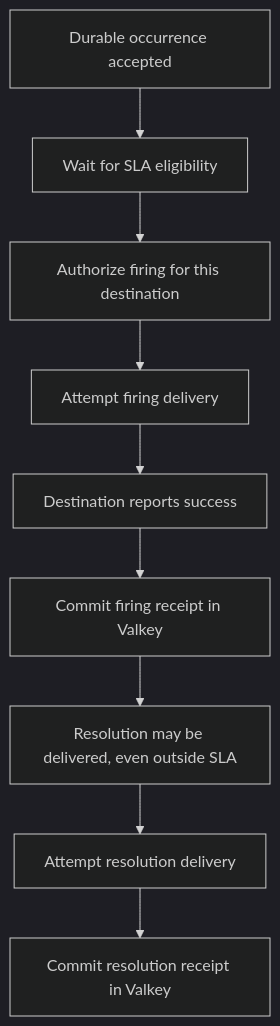
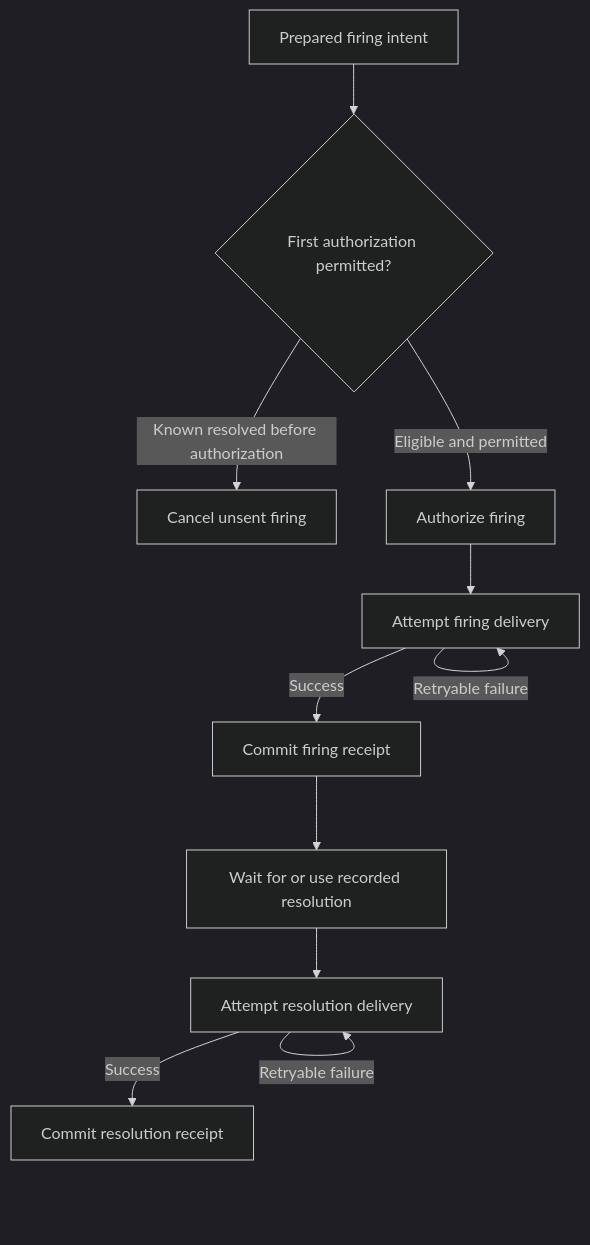
One commit to thenodon/alert-event-receiver changed the fifth of 5 diagrams in docs/sla-proxy/concepts.md. Above: the diagram before and after it, drawn with Mermaid (dark theme). The commit also changed other lines of this file and 7 other files, not shown here.

````diff
--- a/docs/sla-proxy/concepts.md
+++ b/docs/sla-proxy/concepts.md
@@ -200,11 +172,13 @@
 ```mermaid
 flowchart TD
-    A[Durable occurrence accepted] --> B[Wait for SLA eligibility]
-    B --> C[Authorize firing for this destination]
-    C --> D[Attempt firing delivery]
-    D --> E[Destination reports success]
-    E --> F[Commit firing receipt in Valkey]
-    F --> G[Resolution may be delivered, even outside SLA]
+    A[Prepared firing intent] --> B{First authorization permitted?}
+    B -->|Known resolved before authorization| C[Cancel unsent firing]
+    B -->|Eligible and permitted| D[Authorize firing]
+    D --> E[Attempt firing delivery]
+    E -->|Retryable failure| E
+    E -->|Success| F[Commit firing receipt]
+    F --> G[Wait for or use recorded resolution]
     G --> H[Attempt resolution delivery]
-    H --> I[Commit resolution receipt in Valkey]
+    H -->|Retryable failure| H
+    H -->|Success| I[Commit resolution receipt]
 ```
````
